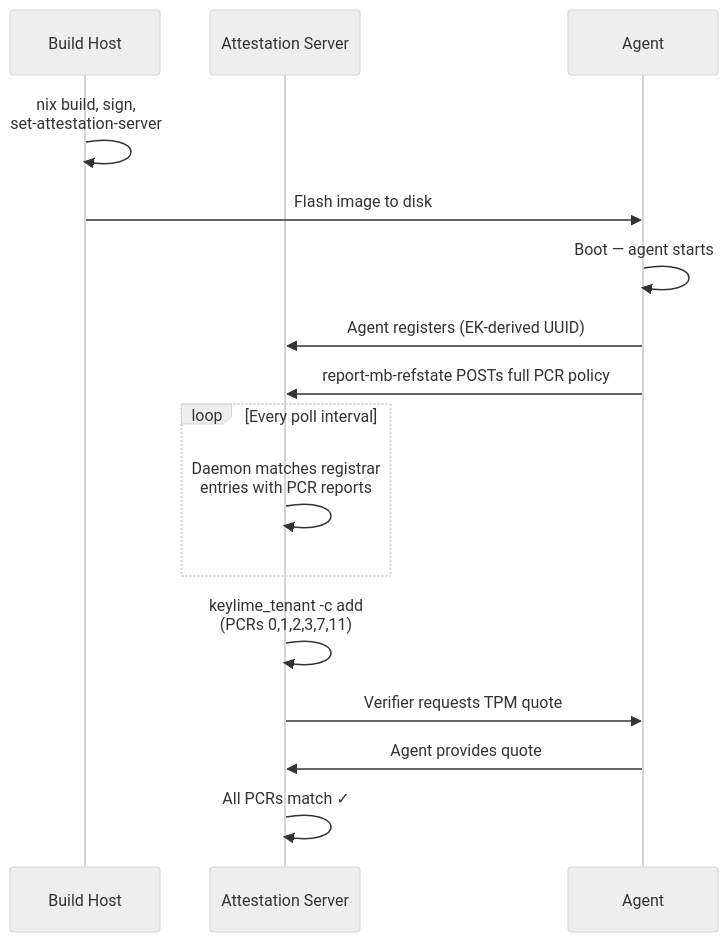
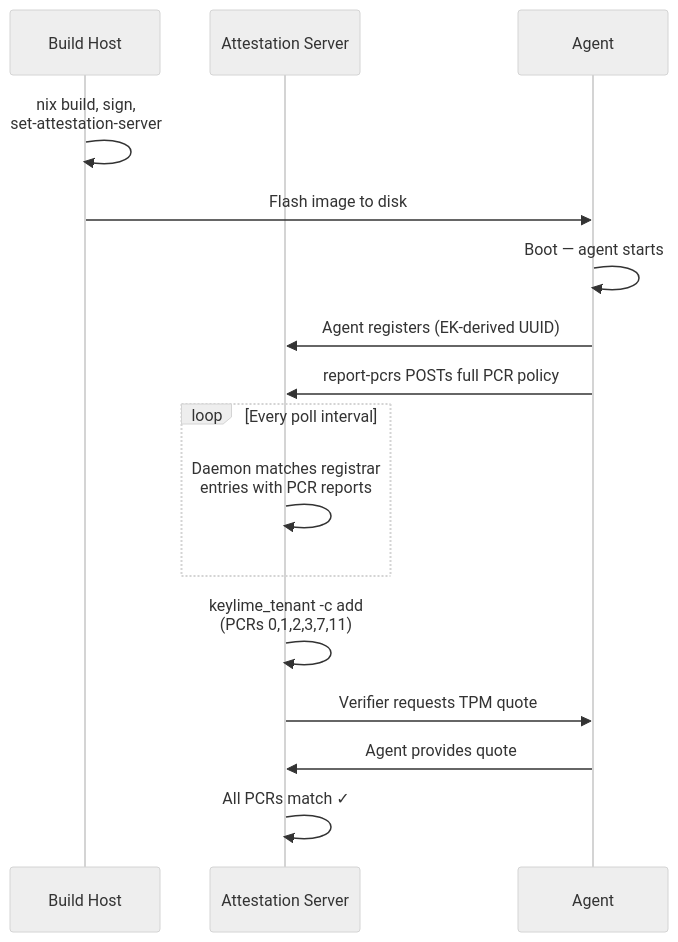
The diagram in docs/user-guide.md (phaer/nixos-android-builder), drawn with Mermaid before and after one commit. The commit also changed other lines of this file and 3 other files, not shown here.

```diff
--- a/docs/user-guide.md
+++ b/docs/user-guide.md
@@ -185,27 +185,27 @@
 ~~~mermaid
 ---
 config:
   theme: neutral
 ---
 sequenceDiagram
     participant B as Build Host
     participant S as Attestation Server
     participant A as Agent
 
     B->>B: nix build, sign,<br/>set-attestation-server
     B->>A: Flash image to disk
 
     A->>A: Boot — agent starts
     A->>S: Agent registers (EK-derived UUID)
-    A->>S: report-mb-refstate POSTs full PCR policy
+    A->>S: report-pcrs POSTs full PCR policy
 
     loop Every poll interval
         S->>S: Daemon matches registrar<br/>entries with PCR reports
     end
 
     S->>S: keylime_tenant -c add<br/>(PCRs 0,1,2,3,7,11)
 
     S->>A: Verifier requests TPM quote
     A->>S: Agent provides quote
     S->>S: All PCRs match ✓
 ~~~
```
